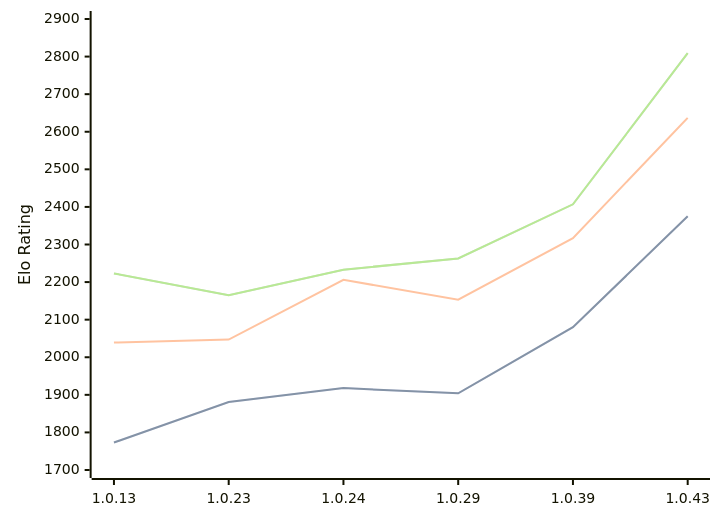
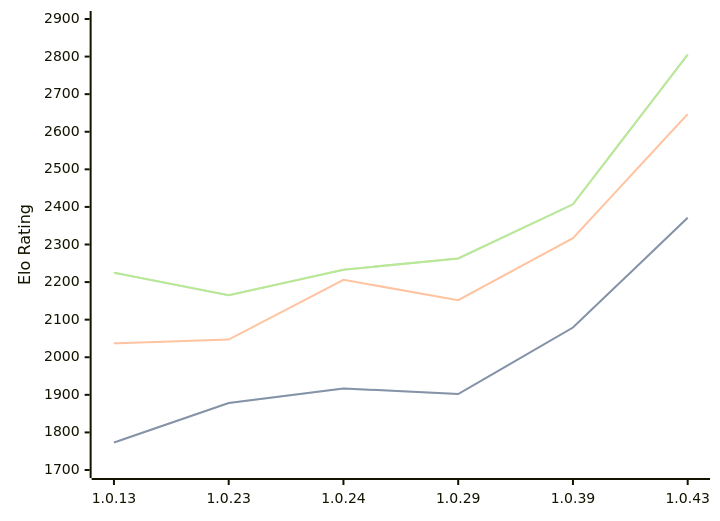
The diagram in engines/RustyRival.md (computer-chess-index/cci), drawn with Mermaid before and after one commit. The commit also changed other lines of this file, not shown here.

Commit message:
Update CCI Ratings (ELO VLTC) - 2026-05-22

````diff
--- a/engines/RustyRival.md
+++ b/engines/RustyRival.md
@@ -68,11 +68,11 @@
 ```mermaid
 %%{init: {"theme":"base","themeVariables":{"seriesColors:['#a3a3a3','#222221','#faa371']}}}%%
 xychart-beta
   x-axis ["1.0.13", "1.0.23", "1.0.24", "1.0.29", "1.0.39", "1.0.43"]
   y-axis "Elo Rating" 1700 --> 2900
-  line "STC (8.0+0.08s)" [1773, 1881, 1918, 1904, 2080, 2375]
-  line "STC (8.0+0.08s)" [1773, 1881, 1918, 1904, 2080, 2375]
-  line "LTC (60.0+0.60s)" [2039, 2047, 2206, 2153, 2317, 2637]
-  line "VLTC (2m24s+1.12s)" [2223, 2165, 2233, 2263, 2407, 2809]
-  line "VLTC (2m24s+1.12s)" [2223, 2165, 2233, 2263, 2407, 2809]
+  line "STC (8.0+0.08s)" [1773, 1878, 1917, 1902, 2079, 2371]
+  line "STC (8.0+0.08s)" [1773, 1878, 1917, 1902, 2079, 2371]
+  line "LTC (60.0+0.60s)" [2037, 2047, 2206, 2152, 2317, 2647]
+  line "VLTC (2m24s+1.12s)" [2225, 2165, 2233, 2263, 2407, 2805]
+  line "VLTC (2m24s+1.12s)" [2225, 2165, 2233, 2263, 2407, 2805]
 ```
````
